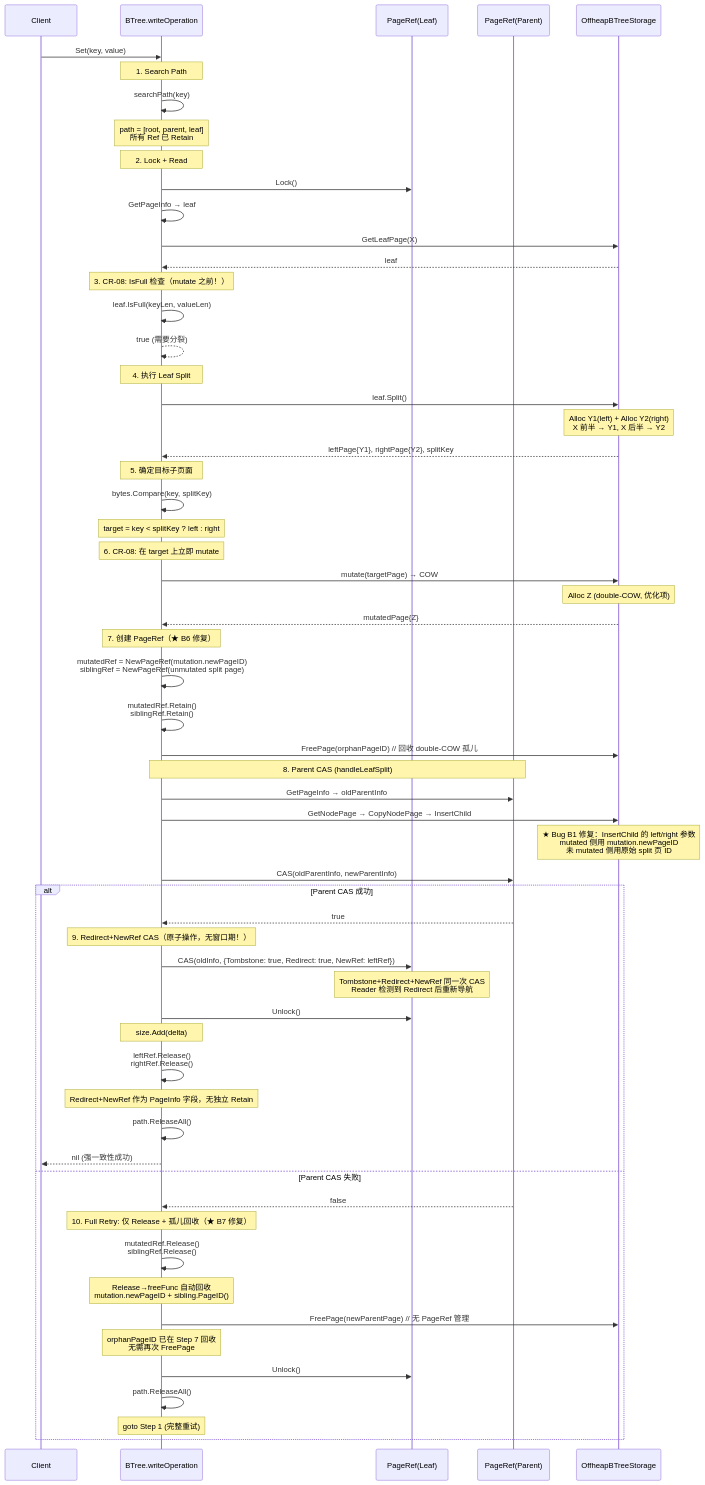
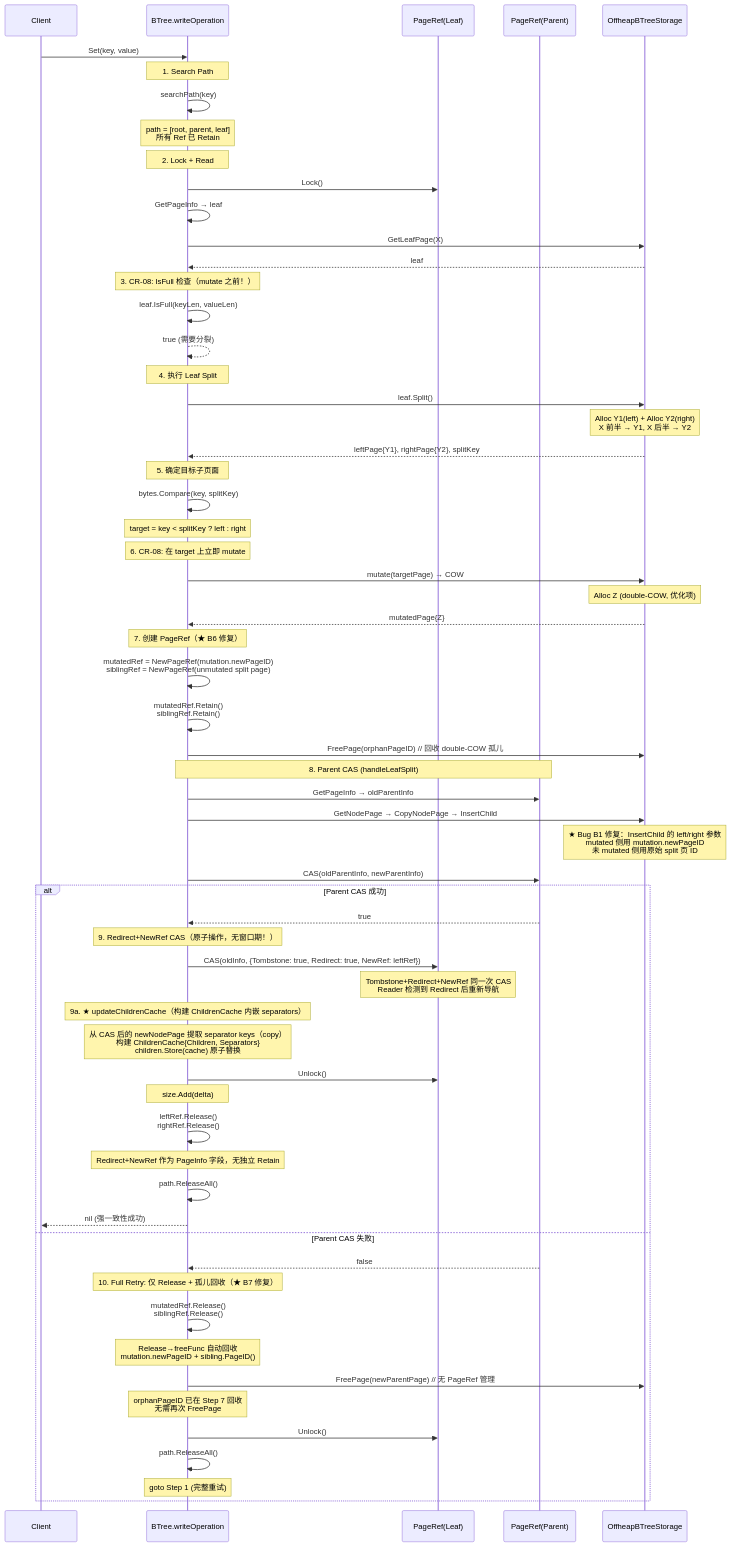
Before and after one commit to jzhang405/NexKV: the second of 5 diagrams in docs/07_spike/btree-refactor/2026-04-02-btree-split-implement.md, drawn with Mermaid. The commit also changed other lines of this file and 1 other file, not shown here.

First line of the commit message:
docs(btree): 添加 ChildrenCache 内嵌 separators 方案，更新 split 实现文档

````diff
--- a/docs/07_spike/btree-refactor/2026-04-02-btree-split-implement.md
+++ b/docs/07_spike/btree-refactor/2026-04-02-btree-split-implement.md
@@ -554,75 +569,78 @@
 ```mermaid
 sequenceDiagram
     participant Client
     participant BTree as BTree.writeOperation
     participant LeafRef as PageRef(Leaf)
     participant ParentRef as PageRef(Parent)
     participant Storage as OffheapBTreeStorage
 
     Client->>BTree: Set(key, value)
 
     Note over BTree: 1. Search Path
     BTree->>BTree: searchPath(key)
     Note over BTree: path = [root, parent, leaf]<br/>所有 Ref 已 Retain
 
     Note over BTree: 2. Lock + Read
     BTree->>LeafRef: Lock()
     BTree->>BTree: GetPageInfo → leaf
     BTree->>Storage: GetLeafPage(X)
     Storage-->>BTree: leaf
 
     Note over BTree: 3. CR-08: IsFull 检查（mutate 之前！）
     BTree->>BTree: leaf.IsFull(keyLen, valueLen)
     BTree-->>BTree: true (需要分裂)
 
     Note over BTree: 4. 执行 Leaf Split
     BTree->>Storage: leaf.Split()
     Note over Storage: Alloc Y1(left) + Alloc Y2(right)<br/>X 前半 → Y1, X 后半 → Y2
     Storage-->>BTree: leftPage{Y1}, rightPage{Y2}, splitKey
 
     Note over BTree: 5. 确定目标子页面
     BTree->>BTree: bytes.Compare(key, splitKey)
     Note over BTree: target = key < splitKey ? left : right
 
     Note over BTree: 6. CR-08: 在 target 上立即 mutate
     BTree->>Storage: mutate(targetPage) → COW
     Note over Storage: Alloc Z (double-COW, 优化项)
     Storage-->>BTree: mutatedPage{Z}
 
     Note over BTree: 7. 创建 PageRef（★ B6 修复）
     BTree->>BTree: mutatedRef = NewPageRef(mutation.newPageID)<br/>siblingRef = NewPageRef(unmutated split page)
     BTree->>BTree: mutatedRef.Retain()<br/>siblingRef.Retain()
     BTree->>Storage: FreePage(orphanPageID) // 回收 double-COW 孤儿
 
     Note over BTree,ParentRef: 8. Parent CAS (handleLeafSplit)
     BTree->>ParentRef: GetPageInfo → oldParentInfo
     BTree->>Storage: GetNodePage → CopyNodePage → InsertChild
     Note over Storage: ★ Bug B1 修复：InsertChild 的 left/right 参数<br/>mutated 侧用 mutation.newPageID<br/>未 mutated 侧用原始 split 页 ID
     BTree->>ParentRef: CAS(oldParentInfo, newParentInfo)
 
     alt Parent CAS 成功
         ParentRef-->>BTree: true
 
         Note over BTree: 9. Redirect+NewRef CAS（原子操作，无窗口期！）
         BTree->>LeafRef: CAS(oldInfo, {Tombstone: true, Redirect: true, NewRef: leftRef})
         Note over LeafRef: Tombstone+Redirect+NewRef 同一次 CAS<br/>Reader 检测到 Redirect 后重新导航
 
+        Note over BTree: 9a. ★ updateChildrenCache（构建 ChildrenCache 内嵌 separators）
+        Note over BTree: 从 CAS 后的 newNodePage 提取 separator keys（copy）<br/>构建 ChildrenCache{Children, Separators}<br/>children.Store(cache) 原子替换
+
         BTree->>LeafRef: Unlock()
         Note over BTree: size.Add(delta)
         BTree->>BTree: leftRef.Release()<br/>rightRef.Release()
         Note over BTree: Redirect+NewRef 作为 PageInfo 字段，无独立 Retain
         BTree->>BTree: path.ReleaseAll()
         BTree-->>Client: nil (强一致性成功)
     else Parent CAS 失败
         ParentRef-->>BTree: false
 
         Note over BTree: 10. Full Retry: 仅 Release + 孤儿回收（★ B7 修复）
         BTree->>BTree: mutatedRef.Release()<br/>siblingRef.Release()
         Note over BTree: Release→freeFunc 自动回收<br/>mutation.newPageID + sibling.PageID()
         BTree->>Storage: FreePage(newParentPage) // 无 PageRef 管理
         Note over BTree: orphanPageID 已在 Step 7 回收<br/>无需再次 FreePage
         BTree->>LeafRef: Unlock()
         BTree->>BTree: path.ReleaseAll()
         Note over BTree: goto Step 1 (完整重试)
     end
 ```
````
